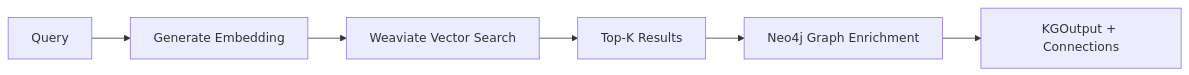
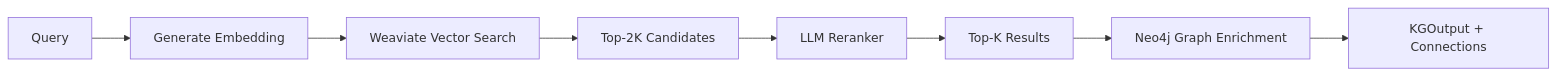
One commit to Leeroo-AI/kapso changed the first of 2 diagrams in docs/components/knowledge-search/overview.mdx. Above: the diagram before and after it, drawn with Mermaid. The commit also changed other lines of this file and 1 other file, not shown here.

````diff
--- a/docs/components/knowledge-search/overview.mdx
+++ b/docs/components/knowledge-search/overview.mdx
@@ -19,8 +23,10 @@
 ```mermaid
 flowchart LR
     Q["Query"] --> E["Generate Embedding"]
     E --> W["Weaviate Vector Search"]
-    W --> R["Top-K Results"]
-    R --> N["Neo4j Graph Enrichment"]
+    W --> R["Top-2K Candidates"]
+    R --> LLM["LLM Reranker"]
+    LLM --> T["Top-K Results"]
+    T --> N["Neo4j Graph Enrichment"]
     N --> OUT["KGOutput + Connections"]
 ```
````
